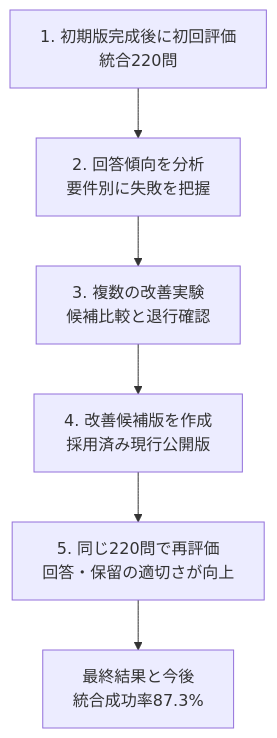
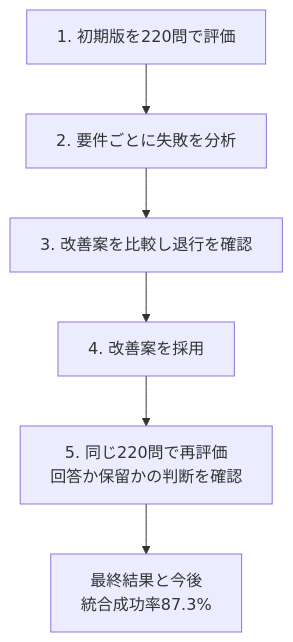
The diagram in README.md (toko1970/municipal-rag-assistant), drawn with Mermaid before and after one commit. The commit also changed other lines of this file, not shown here.

````diff
--- a/README.md
+++ b/README.md
@@ -30,11 +30,11 @@
 ```mermaid
 %%{init: {"flowchart": {"wrappingWidth": 300, "minNodeWidth": 260}}}%%
 flowchart TD
-    A[1. 初期版完成後に初回評価<br/>統合220問]
-    B[2. 回答傾向を分析<br/>要件別に失敗を把握]
-    C[3. 複数の改善実験<br/>候補比較と退行確認]
-    D[4. 改善候補版を作成<br/>採用済み現行公開版]
-    E[5. 同じ220問で再評価<br/>回答・保留の適切さが向上]
+    A[1. 初期版を220問で評価]
+    B[2. 要件ごとに失敗を分析]
+    C[3. 改善案を比較し退行を確認]
+    D[4. 改善案を採用]
+    E[5. 同じ220問で再評価<br/>回答か保留かの判断を確認]
     F[最終結果と今後<br/>統合成功率87.3%]
     A --> B --> C --> D --> E --> F
 ```
````
